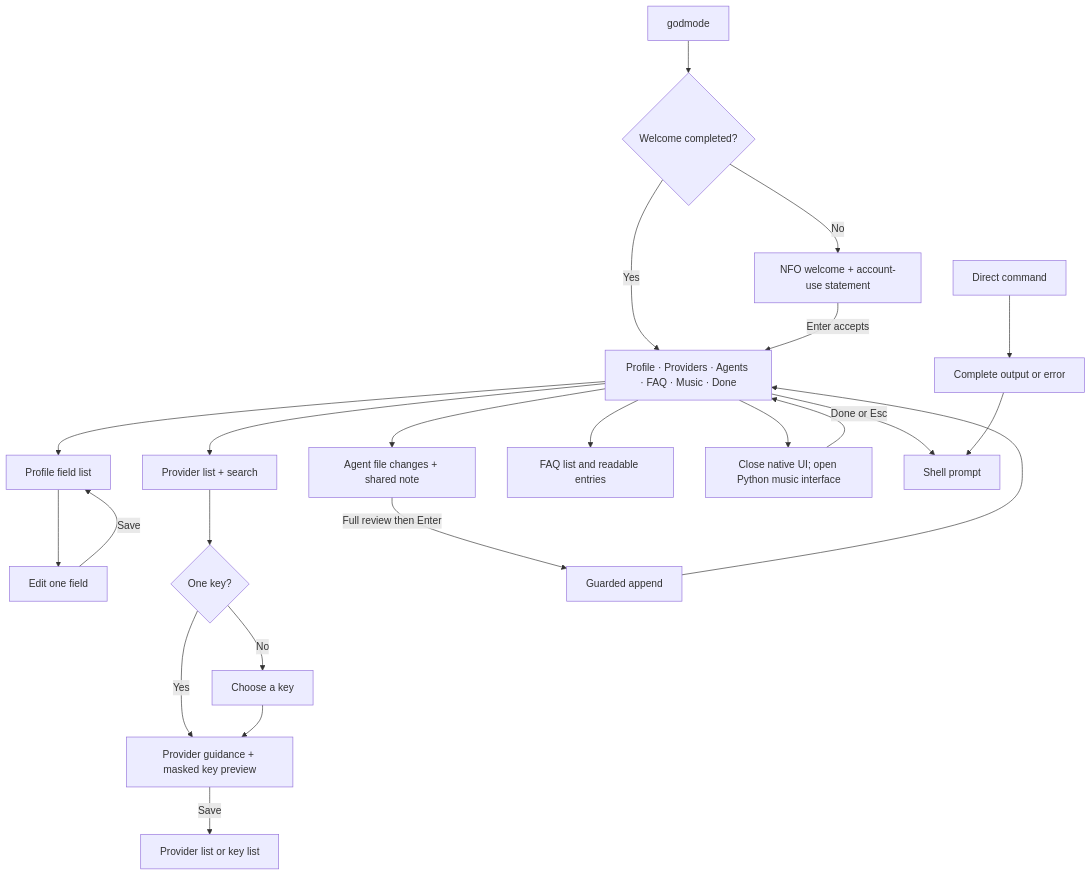
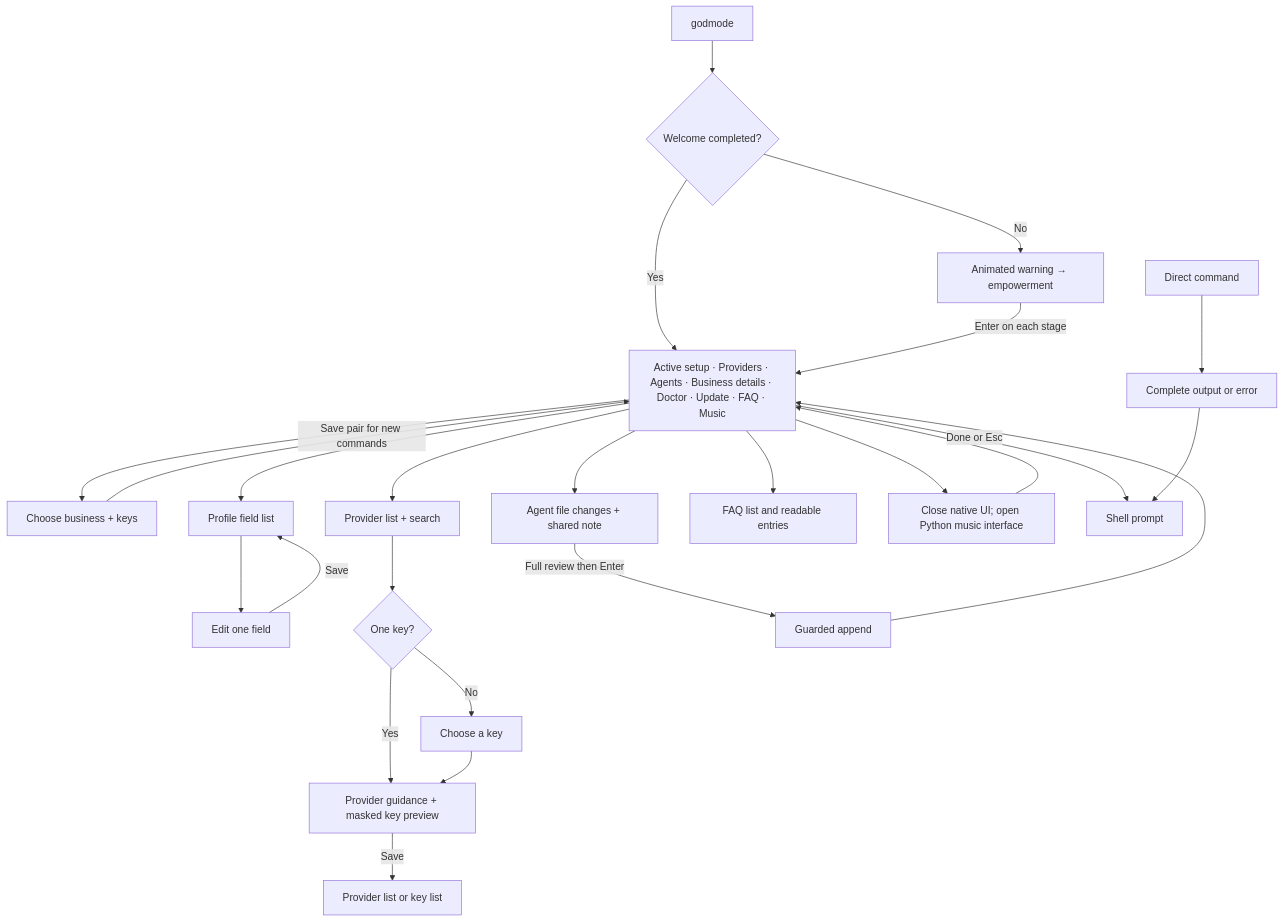
Before and after one commit to lofimichael/godmode-cli: the second of 2 diagrams in docs/dev/CLI_EXPERIENCE.md, drawn with Mermaid. The commit also changed other lines of this file and 40 other files, not shown here.

````diff
--- a/docs/dev/CLI_EXPERIENCE.md
+++ b/docs/dev/CLI_EXPERIENCE.md
@@ -48,25 +50,27 @@
 ```mermaid
 flowchart TD
     Entry[godmode] --> Seen{Welcome completed?}
-    Seen -->|No| Welcome[NFO welcome + account-use statement]
-    Seen -->|Yes| Home[Profile · Providers · Agents · FAQ · Music · Done]
-    Welcome -->|Enter accepts| Home
+    Seen -->|No| Welcome[Animated warning → empowerment]
+    Seen -->|Yes| Home[Active setup · Providers · Agents · Business details · Doctor · Update · FAQ · Music]
+    Welcome -->|Enter on each stage| Home
+    Home --> Active[Choose business + keys]
+    Active -->|Save pair for new commands| Home
     Home --> Profile[Profile field list]
     Profile --> Field[Edit one field]
     Field -->|Save| Profile
     Home --> Providers[Provider list + search]
     Providers --> One{One key?}
     One -->|Yes| Input[Provider guidance + masked key preview]
     One -->|No| KeyList[Choose a key]
     KeyList --> Input
     Input -->|Save| Return[Provider list or key list]
     Home --> Preview[Agent file changes + shared note]
     Preview -->|Full review then Enter| Append[Guarded append]
     Append --> Home
     Home --> FAQ[FAQ list and readable entries]
     Home --> Music[Close native UI; open Python music interface]
     Music --> Home
     Home -->|Done or Esc| Shell[Shell prompt]
     Direct[Direct command] --> Result[Complete output or error]
     Result --> Shell
 ```
````
